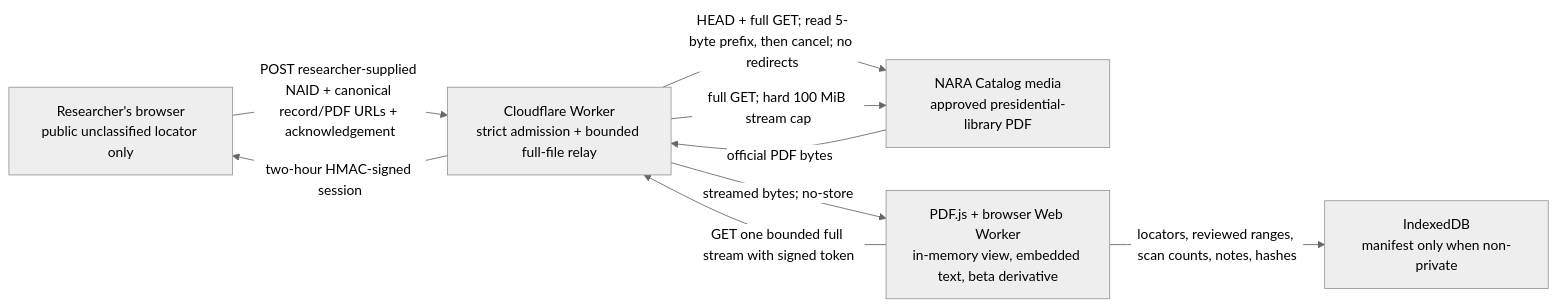
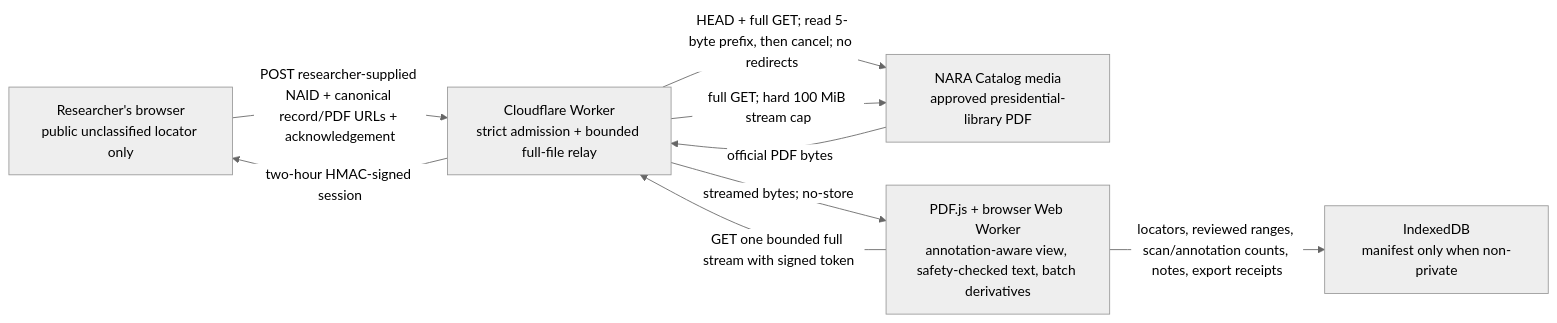
One commit to therealjameswilson/opstalia changed the second of 3 diagrams in docs/SECURITY_MODEL.md. Above: the diagram before and after it, drawn with Mermaid (neutral theme). The commit also changed other lines of this file and 24 other files, not shown here.

Commit message:
Upgrade PDF Packet Lab safety and batch export (#21)

````diff
--- a/docs/SECURITY_MODEL.md
+++ b/docs/SECURITY_MODEL.md
@@ -105,17 +105,17 @@
 ```mermaid
 flowchart LR
     B["Researcher's browser<br/>public unclassified locator only"]
     W["Cloudflare Worker<br/>strict admission + bounded full-file relay"]
     N["NARA Catalog media<br/>approved presidential-library PDF"]
-    P["PDF.js + browser Web Worker<br/>in-memory view, embedded text, beta derivative"]
+    P["PDF.js + browser Web Worker<br/>annotation-aware view, safety-checked text, batch derivatives"]
     I["IndexedDB<br/>manifest only when non-private"]
 
     B -->|"POST researcher-supplied NAID + canonical record/PDF URLs + acknowledgement"| W
     W -->|"HEAD + full GET; read 5-byte prefix, then cancel; no redirects"| N
     W -->|"two-hour HMAC-signed session"| B
     P -->|"GET one bounded full stream with signed token"| W
     W -->|"full GET; hard 100 MiB stream cap"| N
     N -->|"official PDF bytes"| W
     W -->|"streamed bytes; no-store"| P
-    P -->|"locators, reviewed ranges, scan counts, notes, hashes"| I
+    P -->|"locators, reviewed ranges, scan/annotation counts, notes, export receipts"| I
 ```
````
